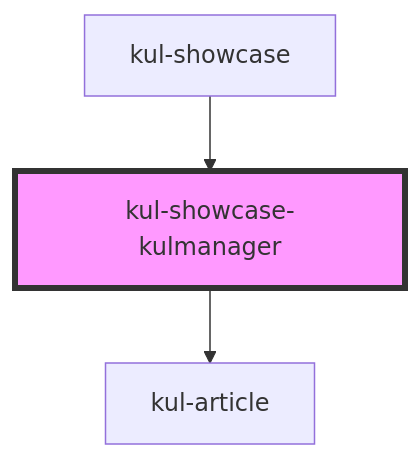
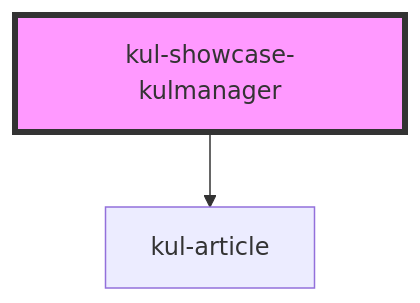
The diagram in packages/ketchup-lite/src/components/kul-showcase/framework/manager/readme.md (smeup/ketchup), drawn with Mermaid before and after one commit. The commit also changed other lines of this file and 25 other files, not shown here.

````diff
--- a/packages/ketchup-lite/src/components/kul-showcase/framework/manager/readme.md
+++ b/packages/ketchup-lite/src/components/kul-showcase/framework/manager/readme.md
@@ -19,6 +15,5 @@
 ```mermaid
 graph TD;
   kul-showcase-kulmanager --> kul-article
-  kul-showcase --> kul-showcase-kulmanager
   style kul-showcase-kulmanager fill:#f9f,stroke:#333,stroke-width:4px
 ```
````
